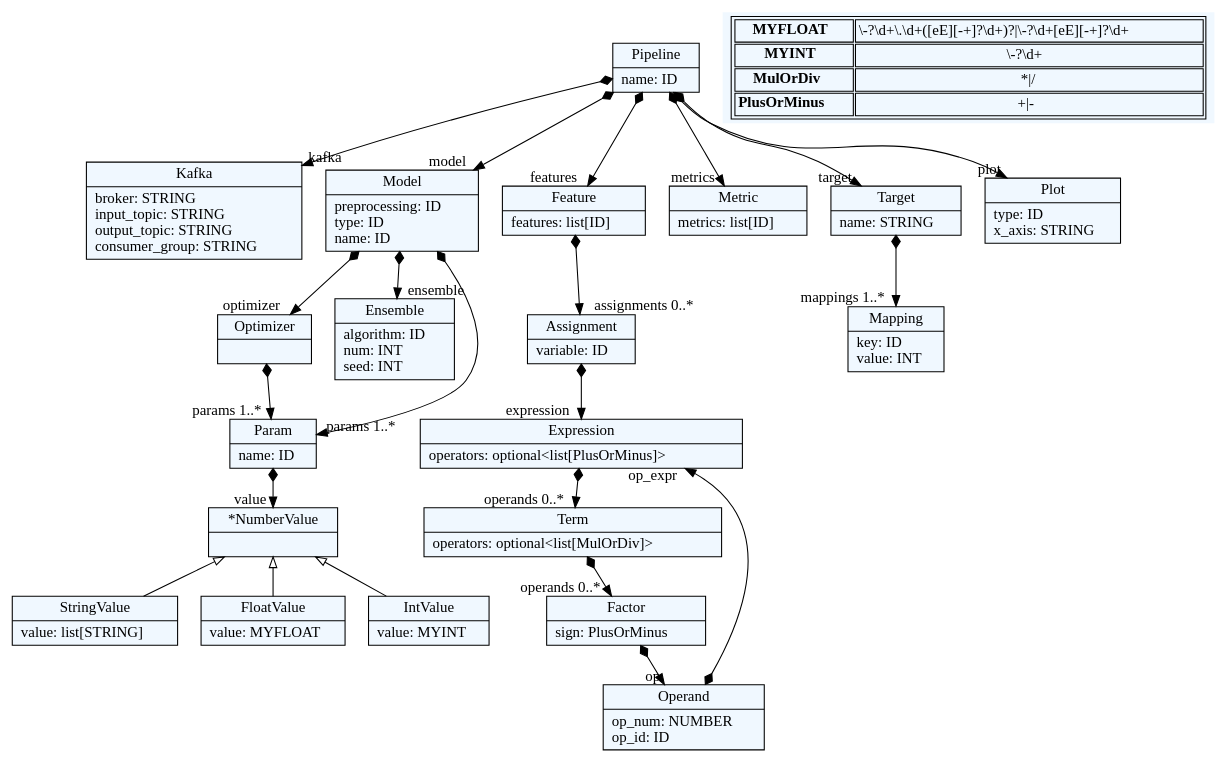
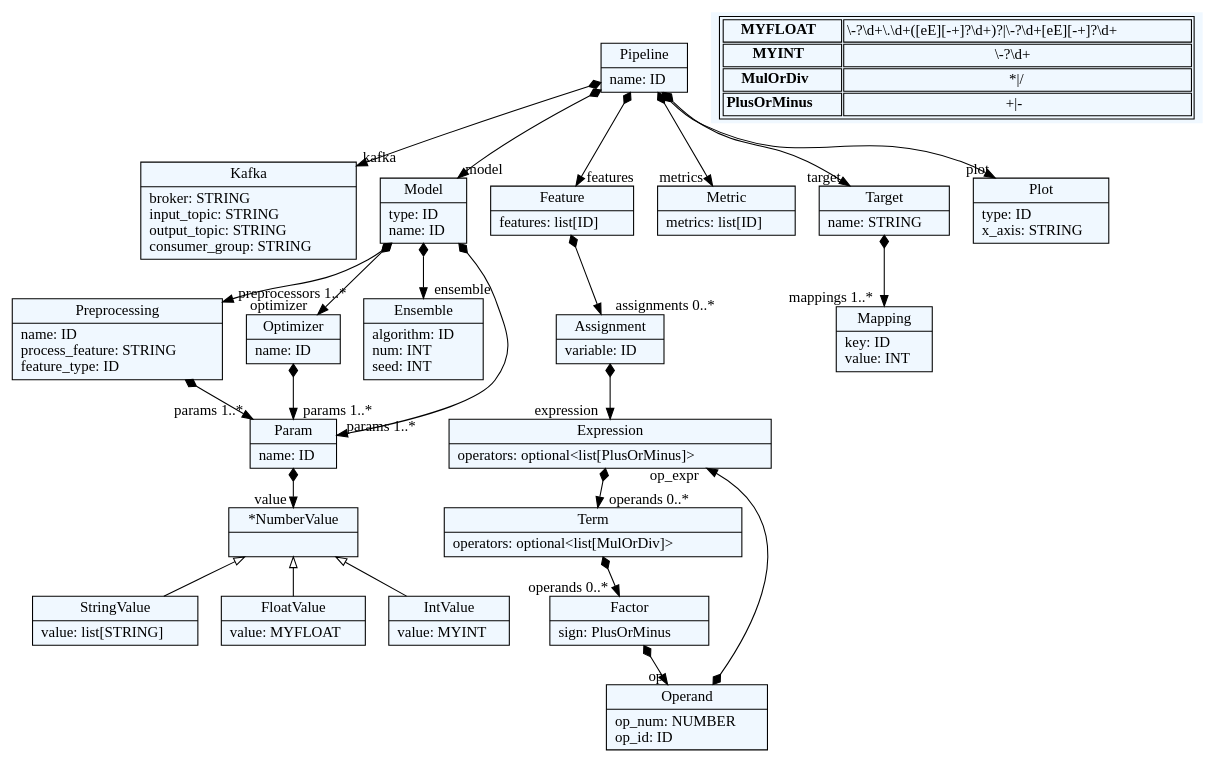
Before and after one commit to deepblue597/beaver: the diagram in penguin/penguin.dot, drawn with Graphviz. The commit also changed 6 other files, not shown here.

```diff
--- a/penguin/penguin.dot
+++ b/penguin/penguin.dot
@@ -1,93 +1,97 @@
 
     digraph textX {
     fontname = "Bitstream Vera Sans"
     fontsize = 8
     node[
         shape=record,
         style=filled,
         fillcolor=aliceblue
     ]
     nodesep = 0.3
     edge[dir=black,arrowtail=empty]
 
 
-2185979730576[ label="{Pipeline|name: ID\l}"]
+2264728084688[ label="{Pipeline|name: ID\l}"]
 
-2185946901936[ label="{Kafka|broker: STRING\linput_topic: STRING\loutput_topic: STRING\lconsumer_group: STRING\l}"]
+2264728092496[ label="{Kafka|broker: STRING\linput_topic: STRING\loutput_topic: STRING\lconsumer_group: STRING\l}"]
 
-2185979730624[ label="{Model|preprocessing: ID\ltype: ID\lname: ID\l}"]
+2264728088656[ label="{Model|type: ID\lname: ID\l}"]
 
-2185979731776[ label="{Optimizer|}"]
+2264728105936[ label="{Preprocessing|name: ID\lprocess_feature: STRING\lfeature_type: ID\l}"]
 
-2185979731344[ label="{Ensemble|algorithm: ID\lnum: INT\lseed: INT\l}"]
+2264727980176[ label="{Optimizer|name: ID\l}"]
 
-2185979731056[ label="{Param|name: ID\l}"]
+2264727815824[ label="{Ensemble|algorithm: ID\lnum: INT\lseed: INT\l}"]
 
-2185979732112[ label="{*NumberValue|}"]
+2264728023056[ label="{Param|name: ID\l}"]
 
-2185979731632[ label="{StringValue|value: list[STRING]\l}"]
+2264728015952[ label="{*NumberValue|}"]
 
-2185979732016[ label="{FloatValue|value: MYFLOAT\l}"]
+2264728016464[ label="{StringValue|value: list[STRING]\l}"]
 
-2185979731584[ label="{IntValue|value: MYINT\l}"]
+2264728020368[ label="{FloatValue|value: MYFLOAT\l}"]
 
-2185979732352[ label="{Feature|features: list[ID]\l}"]
+2264728014032[ label="{IntValue|value: MYINT\l}"]
 
-2185979732448[ label="{Assignment|variable: ID\l}"]
+2264728205136[ label="{Feature|features: list[ID]\l}"]
 
-2185979732544[ label="{Expression|operators: optional\<list[PlusOrMinus]\>\l}"]
+2264728204688[ label="{Assignment|variable: ID\l}"]
 
-2185979732784[ label="{Term|operators: optional\<list[MulOrDiv]\>\l}"]
+2264728014544[ label="{Expression|operators: optional\<list[PlusOrMinus]\>\l}"]
 
-2185979733936[ label="{Factor|sign: PlusOrMinus\l}"]
+2264728204496[ label="{Term|operators: optional\<list[MulOrDiv]\>\l}"]
 
-2185979734464[ label="{Operand|op_num: NUMBER\lop_id: ID\l}"]
+2264728204816[ label="{Factor|sign: PlusOrMinus\l}"]
 
-2185979733552[ label="{Metric|metrics: list[ID]\l}"]
+2264728195408[ label="{Operand|op_num: NUMBER\lop_id: ID\l}"]
 
-2185979734656[ label="{Target|name: STRING\l}"]
+2264728195536[ label="{Metric|metrics: list[ID]\l}"]
 
-2185979734752[ label="{Mapping|key: ID\lvalue: INT\l}"]
+2264695548368[ label="{Target|name: STRING\l}"]
 
-2185979734848[ label="{Plot|type: ID\lx_axis: STRING\l}"]
+2264728195920[ label="{Mapping|key: ID\lvalue: INT\l}"]
+
+2264728195728[ label="{Plot|type: ID\lx_axis: STRING\l}"]
 
 
 
-2185979730576 -> 2185946901936[arrowtail=diamond, dir=both, headlabel="kafka "]
-2185979730576 -> 2185979730624[arrowtail=diamond, dir=both, headlabel="model "]
-2185979730576 -> 2185979732352[arrowtail=diamond, dir=both, headlabel="features "]
-2185979730576 -> 2185979733552[arrowtail=diamond, dir=both, headlabel="metrics "]
-2185979730576 -> 2185979734656[arrowtail=diamond, dir=both, headlabel="target "]
-2185979730576 -> 2185979734848[arrowtail=diamond, dir=both, headlabel="plot "]
-2185979730624 -> 2185979731344[arrowtail=diamond, dir=both, headlabel="ensemble "]
-2185979730624 -> 2185979731056[arrowtail=diamond, dir=both, headlabel="params 1..*"]
-2185979730624 -> 2185979731776[arrowtail=diamond, dir=both, headlabel="optimizer "]
-2185979731776 -> 2185979731056[arrowtail=diamond, dir=both, headlabel="params 1..*"]
-2185979731056 -> 2185979732112[arrowtail=diamond, dir=both, headlabel="value "]
-2185979732112 -> 2185979732016 [dir=back]
-2185979732112 -> 2185979731584 [dir=back]
-2185979732112 -> 2185979731632 [dir=back]
-2185979732352 -> 2185979732448[arrowtail=diamond, dir=both, headlabel="assignments 0..*"]
-2185979732448 -> 2185979732544[arrowtail=diamond, dir=both, headlabel="expression "]
-2185979732544 -> 2185979732784[arrowtail=diamond, dir=both, headlabel="operands 0..*"]
-2185979732784 -> 2185979733936[arrowtail=diamond, dir=both, headlabel="operands 0..*"]
-2185979733936 -> 2185979734464[arrowtail=diamond, dir=both, headlabel="op "]
-2185979734464 -> 2185979732544[arrowtail=diamond, dir=both, headlabel="op_expr "]
-2185979734656 -> 2185979734752[arrowtail=diamond, dir=both, headlabel="mappings 1..*"]
+2264728084688 -> 2264728092496[arrowtail=diamond, dir=both, headlabel="kafka "]
+2264728084688 -> 2264728088656[arrowtail=diamond, dir=both, headlabel="model "]
+2264728084688 -> 2264728205136[arrowtail=diamond, dir=both, headlabel="features "]
+2264728084688 -> 2264728195536[arrowtail=diamond, dir=both, headlabel="metrics "]
+2264728084688 -> 2264695548368[arrowtail=diamond, dir=both, headlabel="target "]
+2264728084688 -> 2264728195728[arrowtail=diamond, dir=both, headlabel="plot "]
+2264728088656 -> 2264727815824[arrowtail=diamond, dir=both, headlabel="ensemble "]
+2264728088656 -> 2264728105936[arrowtail=diamond, dir=both, headlabel="preprocessors 1..*"]
+2264728088656 -> 2264728023056[arrowtail=diamond, dir=both, headlabel="params 1..*"]
+2264728088656 -> 2264727980176[arrowtail=diamond, dir=both, headlabel="optimizer "]
+2264728105936 -> 2264728023056[arrowtail=diamond, dir=both, headlabel="params 1..*"]
+2264727980176 -> 2264728023056[arrowtail=diamond, dir=both, headlabel="params 1..*"]
+2264728023056 -> 2264728015952[arrowtail=diamond, dir=both, headlabel="value "]
+2264728015952 -> 2264728020368 [dir=back]
+2264728015952 -> 2264728014032 [dir=back]
+2264728015952 -> 2264728016464 [dir=back]
+2264728205136 -> 2264728204688[arrowtail=diamond, dir=both, headlabel="assignments 0..*"]
+2264728204688 -> 2264728014544[arrowtail=diamond, dir=both, headlabel="expression "]
+2264728014544 -> 2264728204496[arrowtail=diamond, dir=both, headlabel="operands 0..*"]
+2264728204496 -> 2264728204816[arrowtail=diamond, dir=both, headlabel="operands 0..*"]
+2264728204816 -> 2264728195408[arrowtail=diamond, dir=both, headlabel="op "]
+2264728195408 -> 2264728014544[arrowtail=diamond, dir=both, headlabel="op_expr "]
+2264695548368 -> 2264728195920[arrowtail=diamond, dir=both, headlabel="mappings 1..*"]
 match_rules [ shape=plaintext, label=< <table>
 	<tr>
 		<td><b>MYFLOAT</b></td><td>\-?\d+\.\d+([eE][-+]?\d+)?|\-?\d+[eE][-+]?\d+</td>
 	</tr>
 	<tr>
 		<td><b>MYINT</b></td><td>\-?\d+</td>
 	</tr>
 	<tr>
 		<td><b>MulOrDiv</b></td><td>*|/</td>
 	</tr>
 	<tr>
 		<td><b>PlusOrMinus</b></td><td>+|-</td>
 	</tr>
 </table> >]
 
 
 }
```
